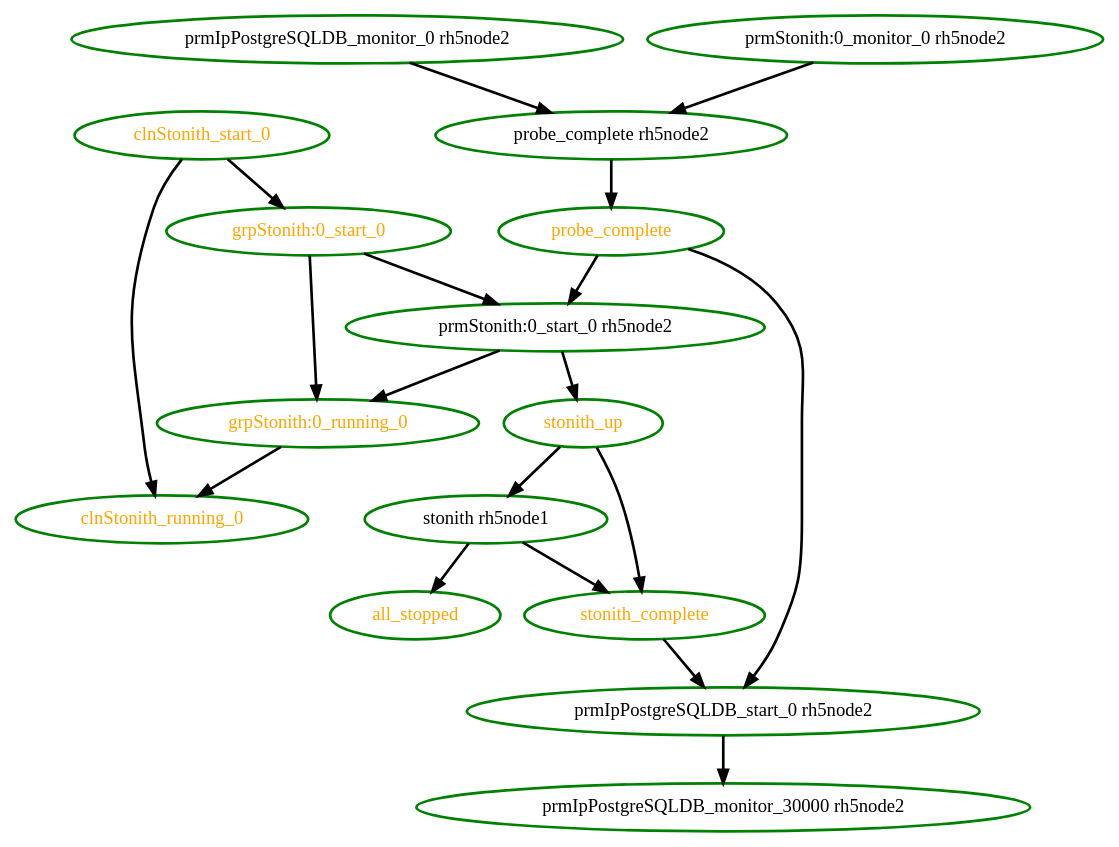
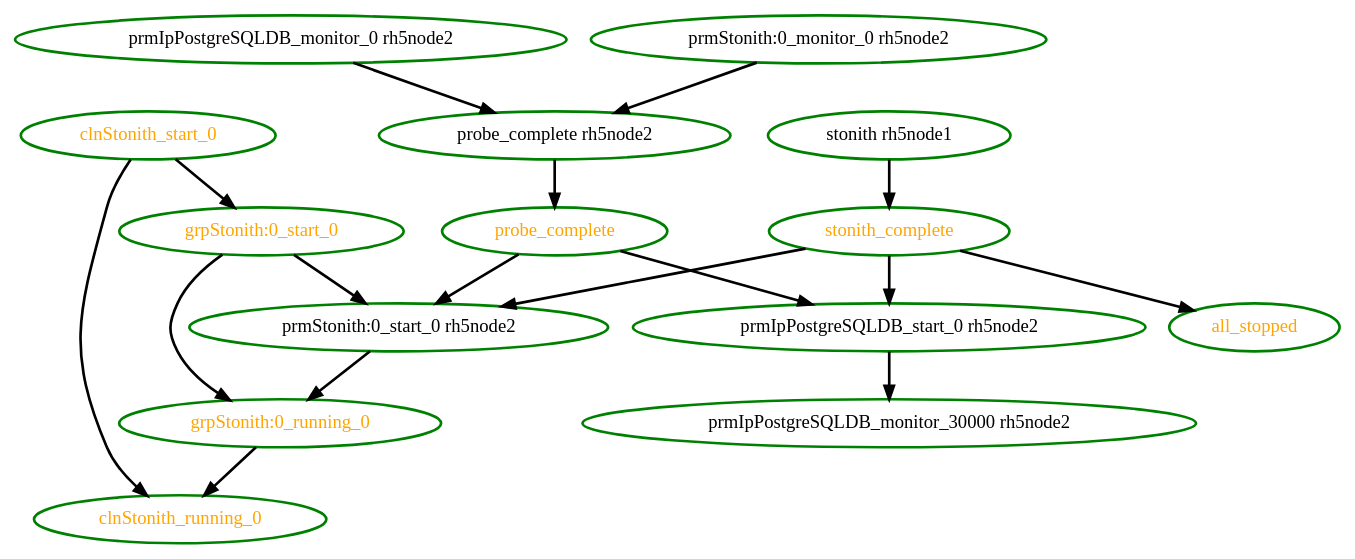
Before and after one commit to ClusterLabs/pacemaker: the diagram in pengine/test10/stonith-3.dot, drawn with Graphviz. The commit also changed 254 other files, not shown here.

```diff
--- a/pengine/test10/stonith-3.dot
+++ b/pengine/test10/stonith-3.dot
@@ -1,35 +1,32 @@
 digraph "g" {
 "all_stopped" [ style=bold color="green" fontcolor="orange" ]
 "clnStonith_running_0" [ style=bold color="green" fontcolor="orange" ]
 "clnStonith_start_0" -> "clnStonith_running_0" [ style = bold]
 "clnStonith_start_0" -> "grpStonith:0_start_0" [ style = bold]
 "clnStonith_start_0" [ style=bold color="green" fontcolor="orange" ]
 "grpStonith:0_running_0" -> "clnStonith_running_0" [ style = bold]
 "grpStonith:0_running_0" [ style=bold color="green" fontcolor="orange" ]
 "grpStonith:0_start_0" -> "grpStonith:0_running_0" [ style = bold]
 "grpStonith:0_start_0" -> "prmStonith:0_start_0 rh5node2" [ style = bold]
 "grpStonith:0_start_0" [ style=bold color="green" fontcolor="orange" ]
 "prmIpPostgreSQLDB_monitor_0 rh5node2" -> "probe_complete rh5node2" [ style = bold]
 "prmIpPostgreSQLDB_monitor_0 rh5node2" [ style=bold color="green" fontcolor="black" ]
 "prmIpPostgreSQLDB_monitor_30000 rh5node2" [ style=bold color="green" fontcolor="black" ]
 "prmIpPostgreSQLDB_start_0 rh5node2" -> "prmIpPostgreSQLDB_monitor_30000 rh5node2" [ style = bold]
 "prmIpPostgreSQLDB_start_0 rh5node2" [ style=bold color="green" fontcolor="black" ]
 "prmStonith:0_monitor_0 rh5node2" -> "probe_complete rh5node2" [ style = bold]
 "prmStonith:0_monitor_0 rh5node2" [ style=bold color="green" fontcolor="black" ]
 "prmStonith:0_start_0 rh5node2" -> "grpStonith:0_running_0" [ style = bold]
-"prmStonith:0_start_0 rh5node2" -> "stonith_up" [ style = bold]
 "prmStonith:0_start_0 rh5node2" [ style=bold color="green" fontcolor="black" ]
 "probe_complete rh5node2" -> "probe_complete" [ style = bold]
 "probe_complete rh5node2" [ style=bold color="green" fontcolor="black" ]
 "probe_complete" -> "prmIpPostgreSQLDB_start_0 rh5node2" [ style = bold]
 "probe_complete" -> "prmStonith:0_start_0 rh5node2" [ style = bold]
 "probe_complete" [ style=bold color="green" fontcolor="orange" ]
-"stonith rh5node1" -> "all_stopped" [ style = bold]
 "stonith rh5node1" -> "stonith_complete" [ style = bold]
 "stonith rh5node1" [ style=bold color="green" fontcolor="black" ]
+"stonith_complete" -> "all_stopped" [ style = bold]
 "stonith_complete" -> "prmIpPostgreSQLDB_start_0 rh5node2" [ style = bold]
+"stonith_complete" -> "prmStonith:0_start_0 rh5node2" [ style = bold]
 "stonith_complete" [ style=bold color="green" fontcolor="orange" ]
-"stonith_up" -> "stonith rh5node1" [ style = bold]
-"stonith_up" -> "stonith_complete" [ style = bold]
-"stonith_up" [ style=bold color="green" fontcolor="orange" ]
 }
```
